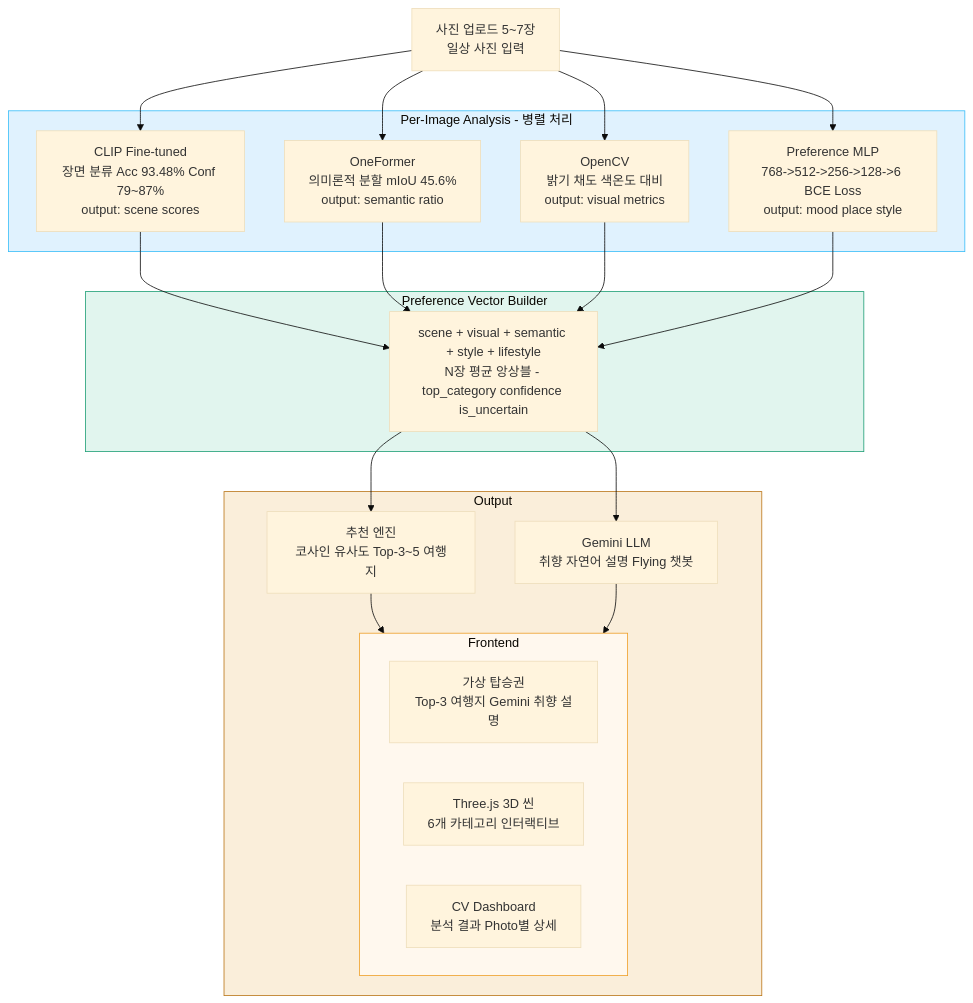
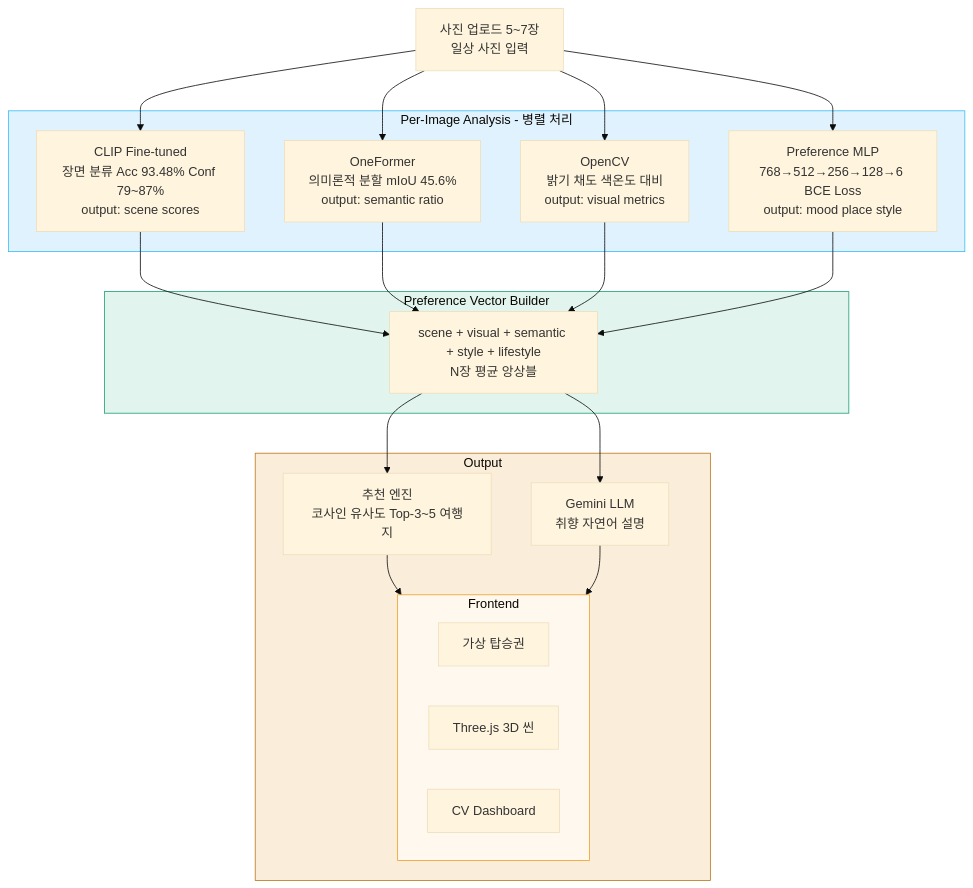
One commit to ysnni2/PhotoTrip changed the first of 2 diagrams in README.md. Above: the diagram before and after it, drawn with Mermaid (base theme). The commit also changed other lines of this file, not shown here.

````diff
--- a/README.md
+++ b/README.md
@@ -225,38 +385,38 @@
 ```mermaid
 flowchart TD
     INPUT["사진 업로드 5~7장\n일상 사진 입력"]
     INPUT --> CLIP
     INPUT --> ONE
     INPUT --> OCV
     INPUT --> SMLP
     subgraph ANALYSIS["Per-Image Analysis - 병렬 처리"]
         CLIP["CLIP Fine-tuned\n장면 분류 Acc 93.48% Conf 79~87%\noutput: scene scores"]
         ONE["OneFormer\n의미론적 분할 mIoU 45.6%\noutput: semantic ratio"]
         OCV["OpenCV\n밝기 채도 색온도 대비\noutput: visual metrics"]
-        SMLP["Preference MLP\n768->512->256->128->6 BCE Loss\noutput: mood place style"]
+        SMLP["Preference MLP\n768→512→256→128→6 BCE Loss\noutput: mood place style"]
     end
     CLIP --> PV
     ONE --> PV
     OCV --> PV
     SMLP --> PV
     subgraph VECTOR["Preference Vector Builder"]
-        PV["scene + visual + semantic + style + lifestyle\nN장 평균 앙상블 - top_category confidence is_uncertain"]
+        PV["scene + visual + semantic + style + lifestyle\nN장 평균 앙상블"]
     end
     PV --> REC
     PV --> GEM
     subgraph OUTPUT["Output"]
         REC["추천 엔진\n코사인 유사도 Top-3~5 여행지"]
-        GEM["Gemini LLM\n취향 자연어 설명 Flying 챗봇"]
+        GEM["Gemini LLM\n취향 자연어 설명"]
         REC --> FE
         GEM --> FE
         subgraph FE["Frontend"]
-            T1["가상 탑승권\nTop-3 여행지 Gemini 취향 설명"]
-            T2["Three.js 3D 씬\n6개 카테고리 인터랙티브"]
-            T3["CV Dashboard\n분석 결과 Photo별 상세"]
+            T1["가상 탑승권"]
+            T2["Three.js 3D 씬"]
+            T3["CV Dashboard"]
         end
     end
     style ANALYSIS fill:#e0f2fe,stroke:#38BDF8
     style VECTOR fill:#e1f5ee,stroke:#1d9e75
     style OUTPUT fill:#faeeda,stroke:#ba7517
     style FE fill:#fff8ee,stroke:#ef9f27
 ```
````
